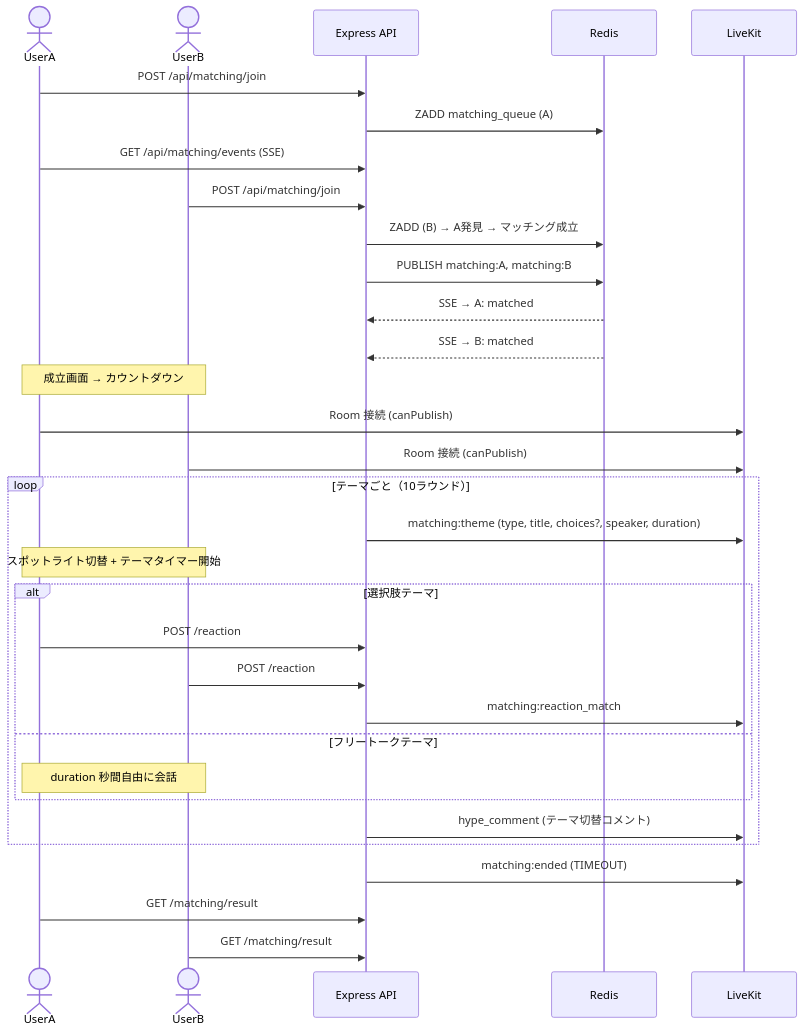
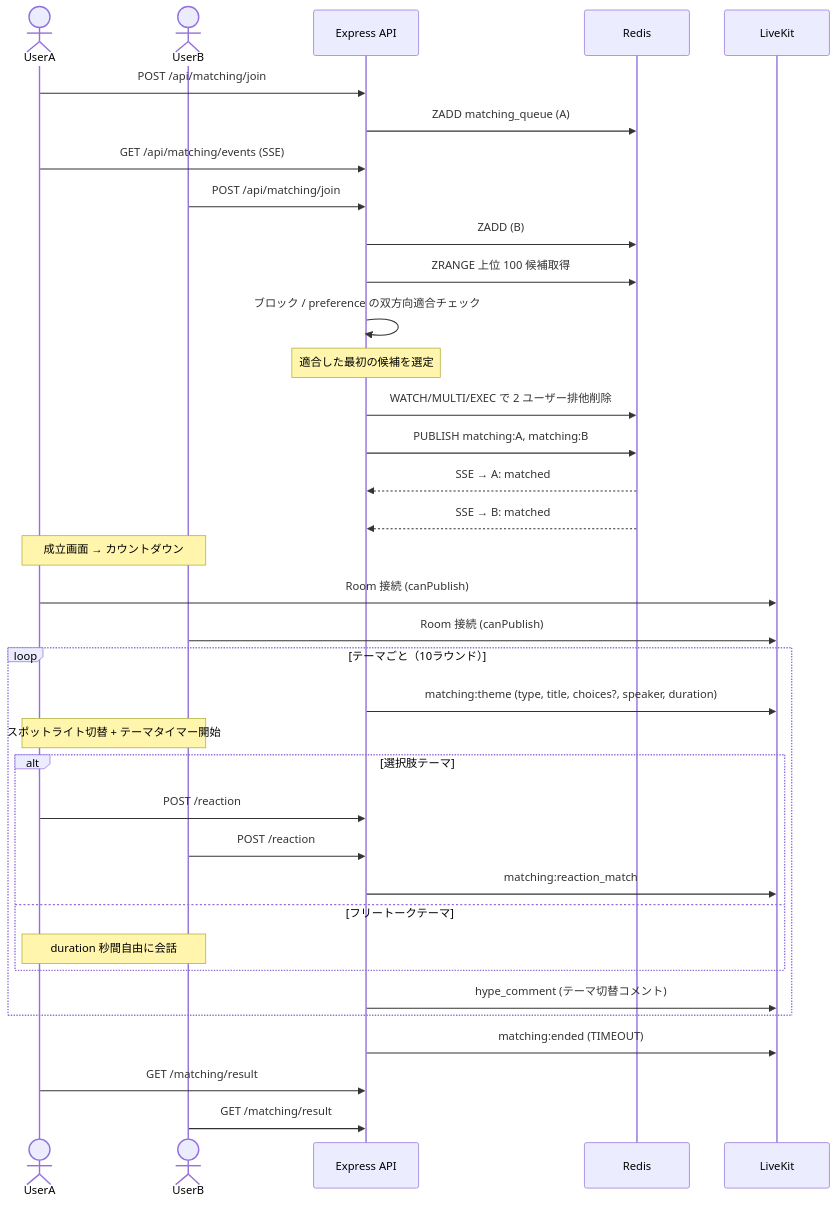
One commit to kentakki416/sns-battle changed the second of 2 diagrams in docs/spec/matching/README.md. Above: the diagram before and after it, drawn with Mermaid. The commit also changed other lines of this file and 21 other files, not shown here.

````diff
--- a/docs/spec/matching/README.md
+++ b/docs/spec/matching/README.md
@@ -840,40 +846,44 @@
 ```mermaid
 sequenceDiagram
     actor A as UserA
     actor B as UserB
     participant API as Express API
     participant Redis
     participant LK as LiveKit
 
     A->>API: POST /api/matching/join
     API->>Redis: ZADD matching_queue (A)
     A->>API: GET /api/matching/events (SSE)
 
     B->>API: POST /api/matching/join
-    API->>Redis: ZADD (B) → A発見 → マッチング成立
+    API->>Redis: ZADD (B)
+    API->>Redis: ZRANGE 上位 100 候補取得
+    API->>API: ブロック / preference の双方向適合チェック
+    Note over API: 適合した最初の候補を選定
+    API->>Redis: WATCH/MULTI/EXEC で 2 ユーザー排他削除
     API->>Redis: PUBLISH matching:A, matching:B
     Redis-->>API: SSE → A: matched
     Redis-->>API: SSE → B: matched
 
     Note over A,B: 成立画面 → カウントダウン
 
     A->>LK: Room 接続 (canPublish)
     B->>LK: Room 接続 (canPublish)
 
     loop テーマごと（10ラウンド）
         API->>LK: matching:theme (type, title, choices?, speaker, duration)
         Note over A,B: スポットライト切替 + テーマタイマー開始
         alt 選択肢テーマ
             A->>API: POST /reaction
             B->>API: POST /reaction
             API->>LK: matching:reaction_match
         else フリートークテーマ
             Note over A,B: duration 秒間自由に会話
         end
         API->>LK: hype_comment (テーマ切替コメント)
     end
 
     API->>LK: matching:ended (TIMEOUT)
     A->>API: GET /matching/result
     B->>API: GET /matching/result
 ```
````
